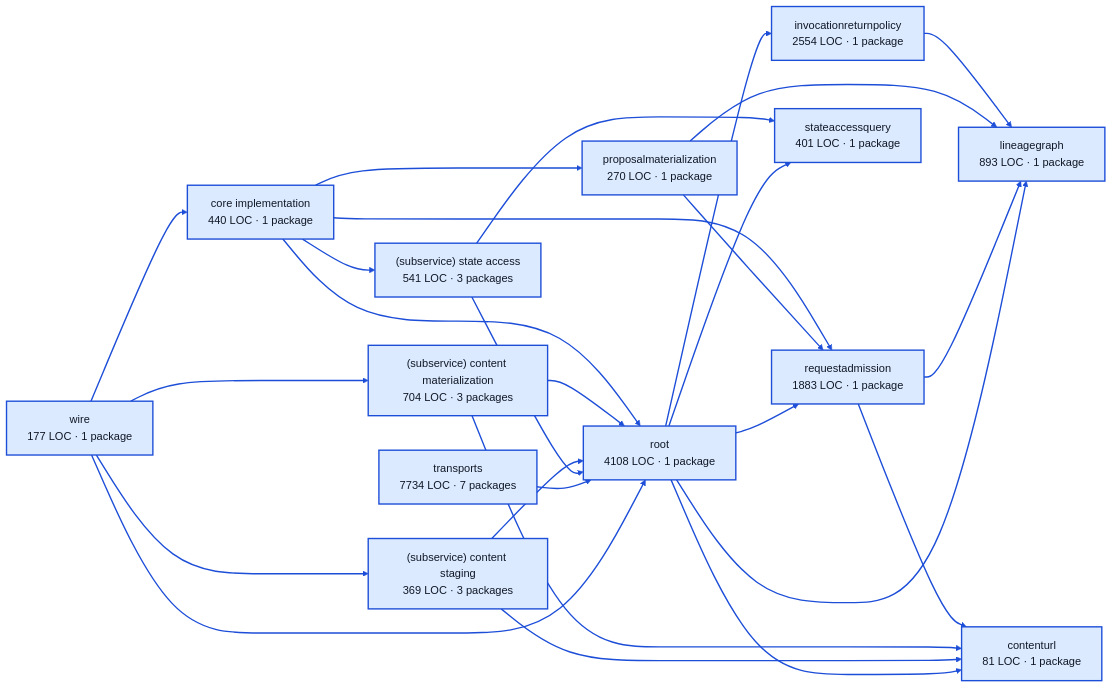
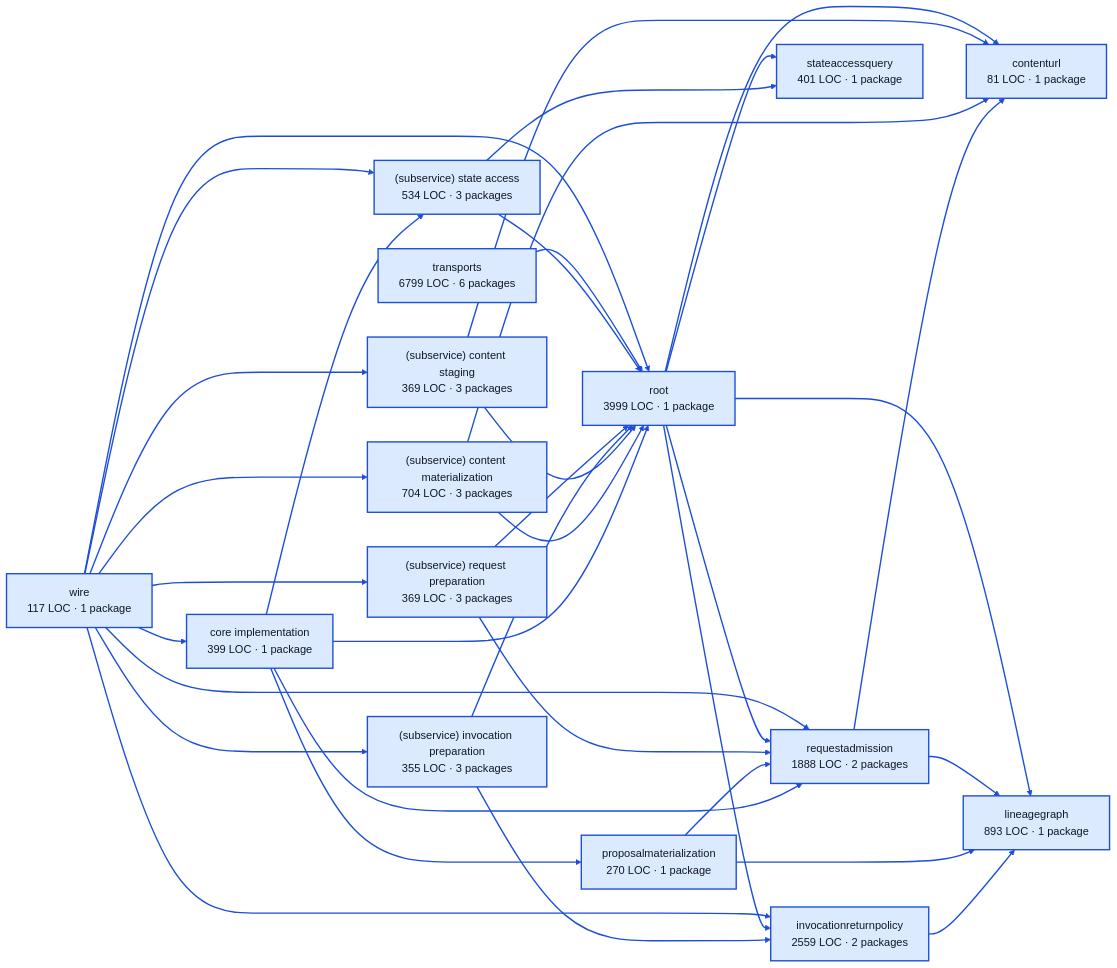
One commit to portpowered/you-agent-factory changed the diagram in docs/architecture/visualizations/services/work.md. Above: the diagram before and after it, drawn with Mermaid (neutral theme). The commit also changed other lines of this file and 20 other files, not shown here.

Commit message:
docs: refresh backend architecture visualizations

````diff
--- a/docs/architecture/visualizations/services/work.md
+++ b/docs/architecture/visualizations/services/work.md
@@ -11,55 +11,68 @@
 ```mermaid
 flowchart LR
-  p0["core implementation<br/>440 LOC · 1 package"]
+  p0["core implementation<br/>399 LOC · 1 package"]
   p1["contenturl<br/>81 LOC · 1 package"]
-  p2["invocationreturnpolicy<br/>2554 LOC · 1 package"]
+  p2["invocationreturnpolicy<br/>2559 LOC · 2 packages"]
   p3["lineagegraph<br/>893 LOC · 1 package"]
   p4["proposalmaterialization<br/>270 LOC · 1 package"]
-  p5["requestadmission<br/>1883 LOC · 1 package"]
+  p5["requestadmission<br/>1888 LOC · 2 packages"]
   p6["(subservice) content materialization<br/>704 LOC · 3 packages"]
   p7["(subservice) content staging<br/>369 LOC · 3 packages"]
-  p8["(subservice) state access<br/>541 LOC · 3 packages"]
-  p9["stateaccessquery<br/>401 LOC · 1 package"]
-  p10["root<br/>4108 LOC · 1 package"]
-  p11["transports<br/>7734 LOC · 7 packages"]
-  p12["wire<br/>177 LOC · 1 package"]
+  p8["(subservice) invocation preparation<br/>355 LOC · 3 packages"]
+  p9["(subservice) request preparation<br/>369 LOC · 3 packages"]
+  p10["(subservice) state access<br/>534 LOC · 3 packages"]
+  p11["stateaccessquery<br/>401 LOC · 1 package"]
+  p12["root<br/>3999 LOC · 1 package"]
+  p13["transports<br/>6799 LOC · 6 packages"]
+  p14["wire<br/>117 LOC · 1 package"]
   p0 --> p4
   p0 --> p5
-  p0 --> p8
   p0 --> p10
+  p0 --> p12
   p2 --> p3
   p4 --> p3
   p4 --> p5
   p5 --> p1
   p5 --> p3
   p6 --> p1
-  p6 --> p10
+  p6 --> p12
   p7 --> p1
-  p7 --> p10
-  p8 --> p9
-  p8 --> p10
-  p10 --> p1
-  p10 --> p2
-  p10 --> p3
-  p10 --> p5
-  p10 --> p9
-  p11 --> p10
-  p12 --> p0
-  p12 --> p6
-  p12 --> p7
-  p12 --> p10
+  p7 --> p12
+  p8 --> p2
+  p8 --> p12
+  p9 --> p5
+  p9 --> p12
+  p10 --> p11
+  p10 --> p12
+  p12 --> p1
+  p12 --> p2
+  p12 --> p3
+  p12 --> p5
+  p12 --> p11
+  p13 --> p12
+  p14 --> p0
+  p14 --> p2
+  p14 --> p5
+  p14 --> p6
+  p14 --> p7
+  p14 --> p8
+  p14 --> p9
+  p14 --> p10
+  p14 --> p12
   style p0 fill:#dbeafe,stroke:#1d4ed8,stroke-width:2px,color:#111827
   style p1 fill:#dbeafe,stroke:#1d4ed8,stroke-width:2px,color:#111827
   style p2 fill:#dbeafe,stroke:#1d4ed8,stroke-width:2px,color:#111827
   style p3 fill:#dbeafe,stroke:#1d4ed8,stroke-width:2px,color:#111827
   style p4 fill:#dbeafe,stroke:#1d4ed8,stroke-width:2px,color:#111827
   style p5 fill:#dbeafe,stroke:#1d4ed8,stroke-width:2px,color:#111827
   style p6 fill:#dbeafe,stroke:#1d4ed8,stroke-width:2px,color:#111827
   style p7 fill:#dbeafe,stroke:#1d4ed8,stroke-width:2px,color:#111827
   style p8 fill:#dbeafe,stroke:#1d4ed8,stroke-width:2px,color:#111827
   style p9 fill:#dbeafe,stroke:#1d4ed8,stroke-width:2px,color:#111827
   style p10 fill:#dbeafe,stroke:#1d4ed8,stroke-width:2px,color:#111827
   style p11 fill:#dbeafe,stroke:#1d4ed8,stroke-width:2px,color:#111827
   style p12 fill:#dbeafe,stroke:#1d4ed8,stroke-width:2px,color:#111827
+  style p13 fill:#dbeafe,stroke:#1d4ed8,stroke-width:2px,color:#111827
+  style p14 fill:#dbeafe,stroke:#1d4ed8,stroke-width:2px,color:#111827
   linkStyle default stroke:#1d4ed8,stroke-width:2px
 ```
````
